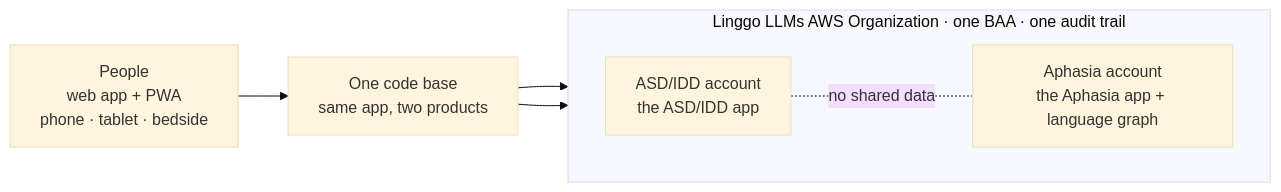
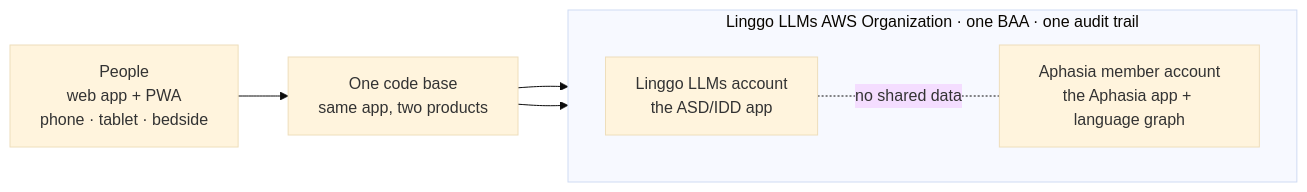
Before and after one commit to linggollms/.github: the first of 2 diagrams in profile/README.md, drawn with Mermaid (base theme). The commit also changed other lines of this file, not shown here.

Commit message:
Org profile: activity log, current architecture, no patent number

````diff
--- a/profile/README.md
+++ b/profile/README.md
@@ -59,14 +70,14 @@
 ```mermaid
 flowchart LR
   P["People<br/>web app + PWA<br/>phone · tablet · bedside"]
   APP["One code base<br/>same app, two products"]
   subgraph ORG["Linggo LLMs AWS Organization · one BAA · one audit trail"]
     direction LR
-    A["ASD/IDD account<br/>the ASD/IDD app"]
-    B["Aphasia account<br/>the Aphasia app + language graph"]
+    A["Linggo LLMs account<br/>the ASD/IDD app"]
+    B["Aphasia member account<br/>the Aphasia app + language graph"]
   end
   P --> APP
   APP --> A
   APP --> B
   A -. no shared data .- B
 ```
````
